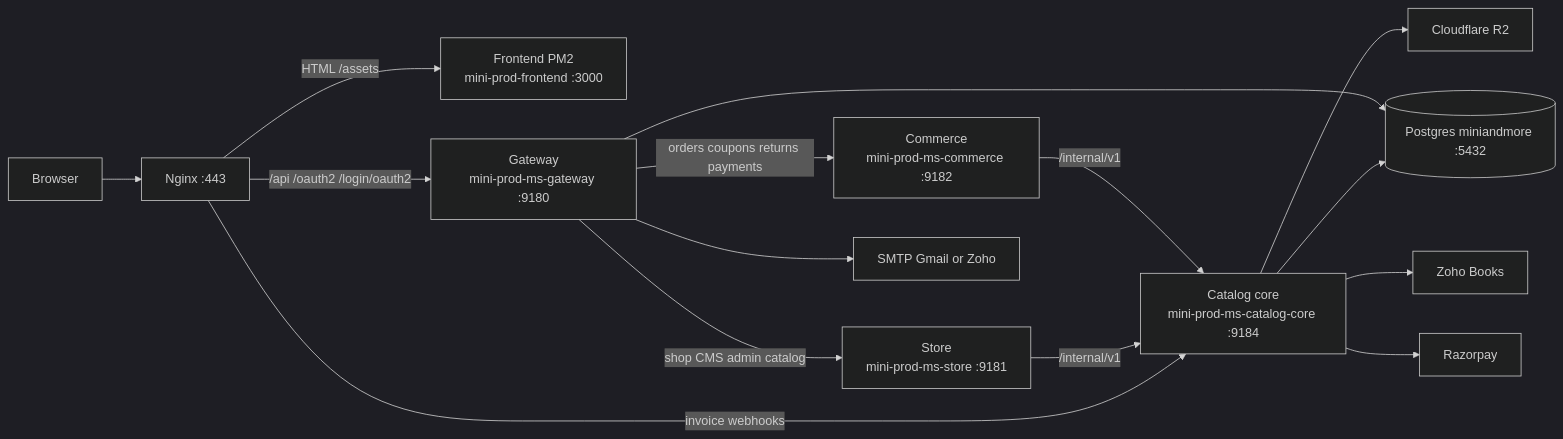
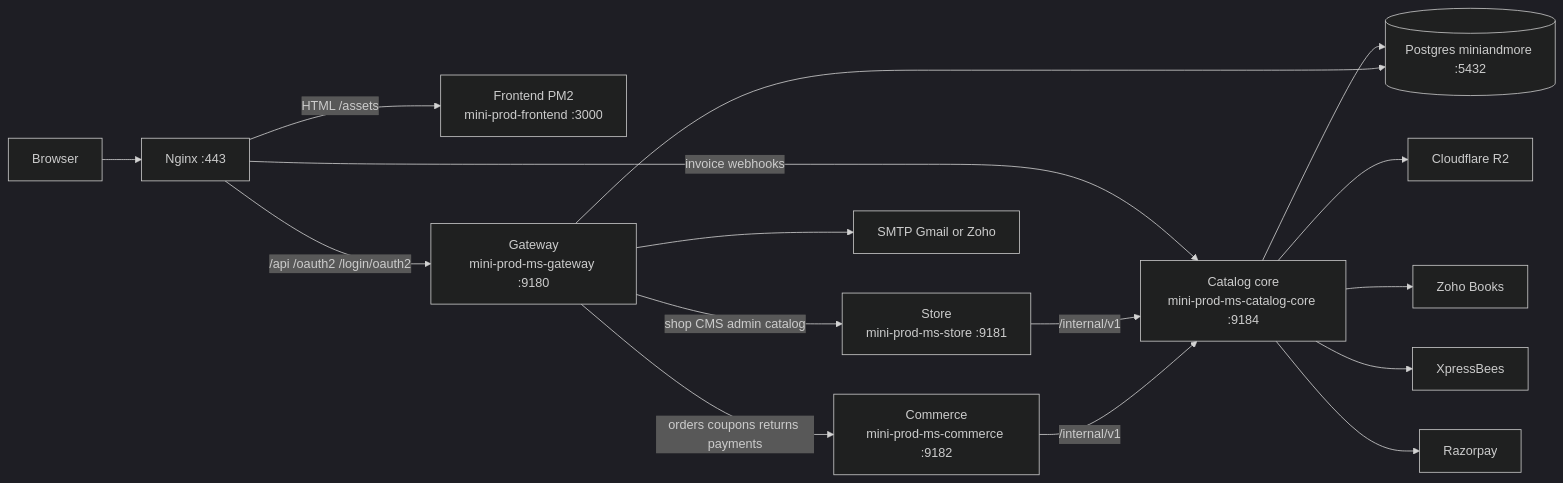
One commit to daivagitt/Minisnmore changed the diagram in docs/handover/architecture-diagram.md. Above: the diagram before and after it, drawn with Mermaid (dark theme). The commit also changed other lines of this file and 103 other files, not shown here.

````diff
--- a/docs/handover/architecture-diagram.md
+++ b/docs/handover/architecture-diagram.md
@@ -12,30 +12,32 @@
 ```mermaid
 flowchart LR
   Browser["Browser"]
   Nginx["Nginx :443"]
   FE["Frontend PM2<br/>mini-prod-frontend :3000"]
   GW["Gateway<br/>mini-prod-ms-gateway :9180"]
   ST["Store<br/>mini-prod-ms-store :9181"]
   CM["Commerce<br/>mini-prod-ms-commerce :9182"]
   CC["Catalog core<br/>mini-prod-ms-catalog-core :9184"]
   PG[("Postgres miniandmore :5432")]
   R2["Cloudflare R2"]
   Zoho["Zoho Books"]
+  XB["XpressBees"]
   Rzp["Razorpay"]
   Mail["SMTP Gmail or Zoho"]
 
   Browser --> Nginx
   Nginx -->|HTML /assets| FE
   Nginx -->|"/api /oauth2 /login/oauth2"| GW
   Nginx -->|"invoice webhooks"| CC
   GW -->|shop CMS admin catalog| ST
   GW -->|orders coupons returns payments| CM
   ST -->|/internal/v1| CC
   CM -->|/internal/v1| CC
   CC --> PG
   GW --> PG
   CC --> R2
   CC --> Zoho
+  CC --> XB
   CC --> Rzp
   GW --> Mail
 ```
````
